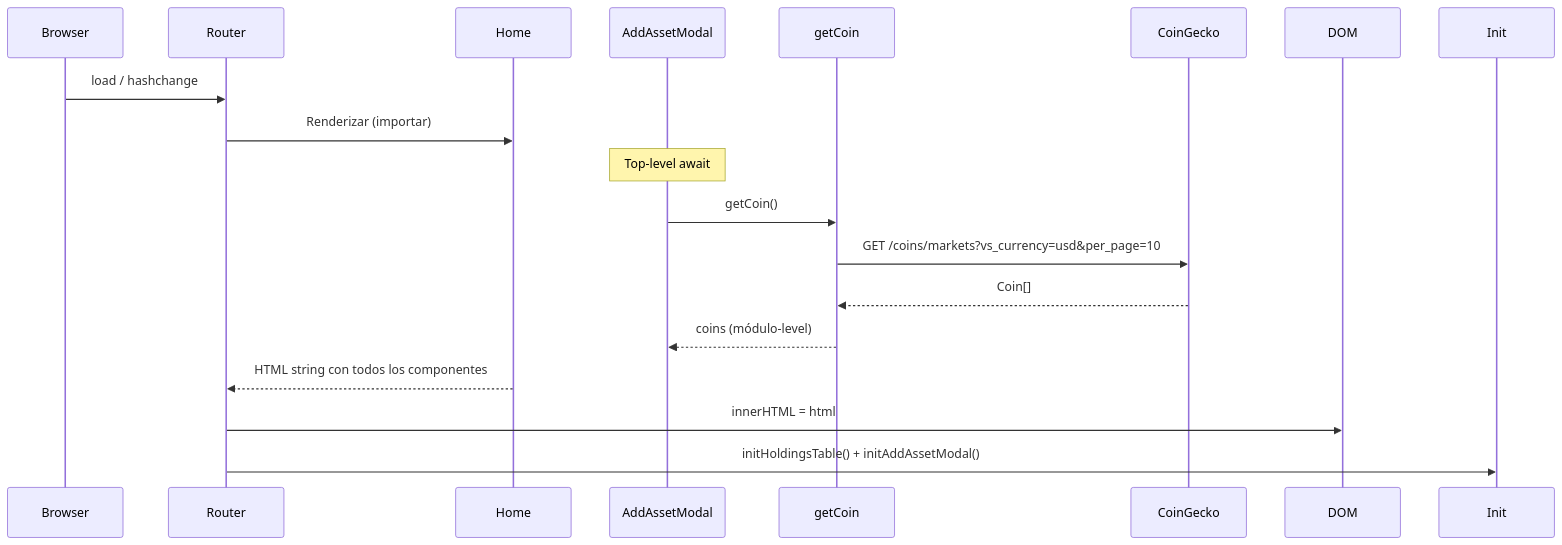
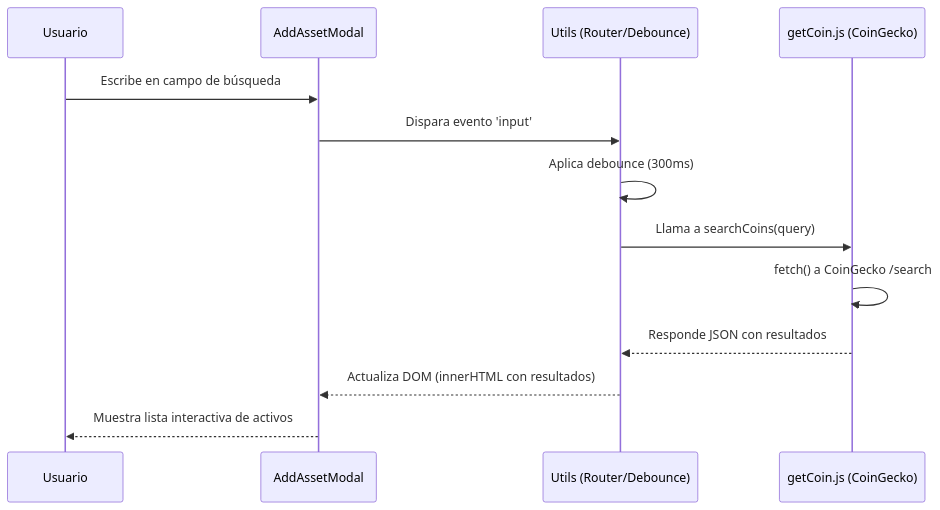
The diagram in docs/arquitectura/flujo-de-datos.md (EdGonzz/caletaJS), drawn with Mermaid before and after one commit. The commit also changed other lines of this file and 15 other files, not shown here.

First line of the commit message:
refactor(api): optimize CoinGecko endpoints and improve price handling

````diff
--- a/docs/arquitectura/flujo-de-datos.md
+++ b/docs/arquitectura/flujo-de-datos.md
@@ -67,20 +7,16 @@
 ```mermaid
 sequenceDiagram
-    participant Browser
-    participant Router
-    participant Home
-    participant AddAssetModal
-    participant getCoin
-    participant API as CoinGecko
-
-    Browser->>Router: load / hashchange
-    Router->>Home: Renderizar (importar)
-    Note over AddAssetModal: Top-level await
-    AddAssetModal->>getCoin: getCoin()
-    getCoin->>API: GET /coins/markets?vs_currency=usd&per_page=10
-    API-->>getCoin: Coin[]
-    getCoin-->>AddAssetModal: coins (módulo-level)
-    Home-->>Router: HTML string con todos los componentes
-    Router->>DOM: innerHTML = html
-    Router->>Init: initHoldingsTable() + initAddAssetModal()
+    participant User as Usuario
+    participant UI as AddAssetModal
+    participant Router as Utils (Router/Debounce)
+    participant API as getCoin.js (CoinGecko)
+    
+    User->>UI: Escribe en campo de búsqueda
+    UI->>Router: Dispara evento 'input'
+    Router->>Router: Aplica debounce (300ms)
+    Router->>API: Llama a searchCoins(query)
+    API->>API: fetch() a CoinGecko /search
+    API-->>Router: Responde JSON con resultados
+    Router-->>UI: Actualiza DOM (innerHTML con resultados)
+    UI-->>User: Muestra lista interactiva de activos
 ```
````
